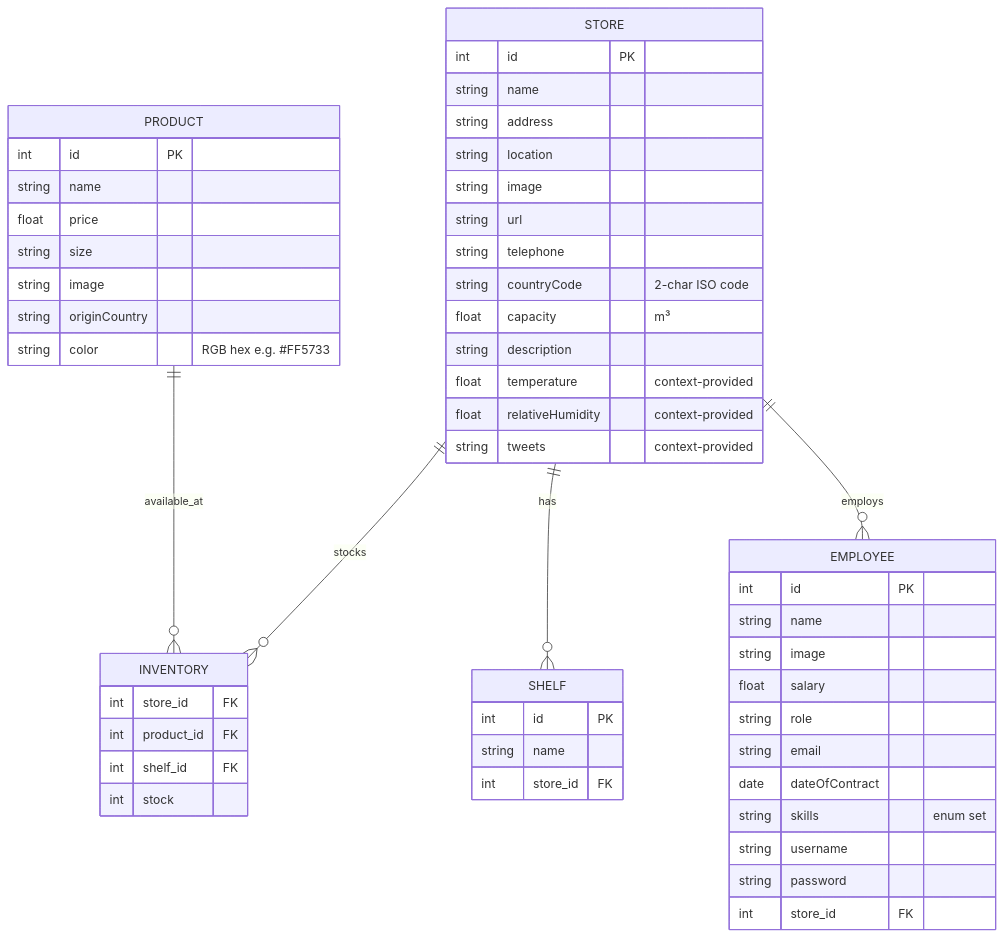
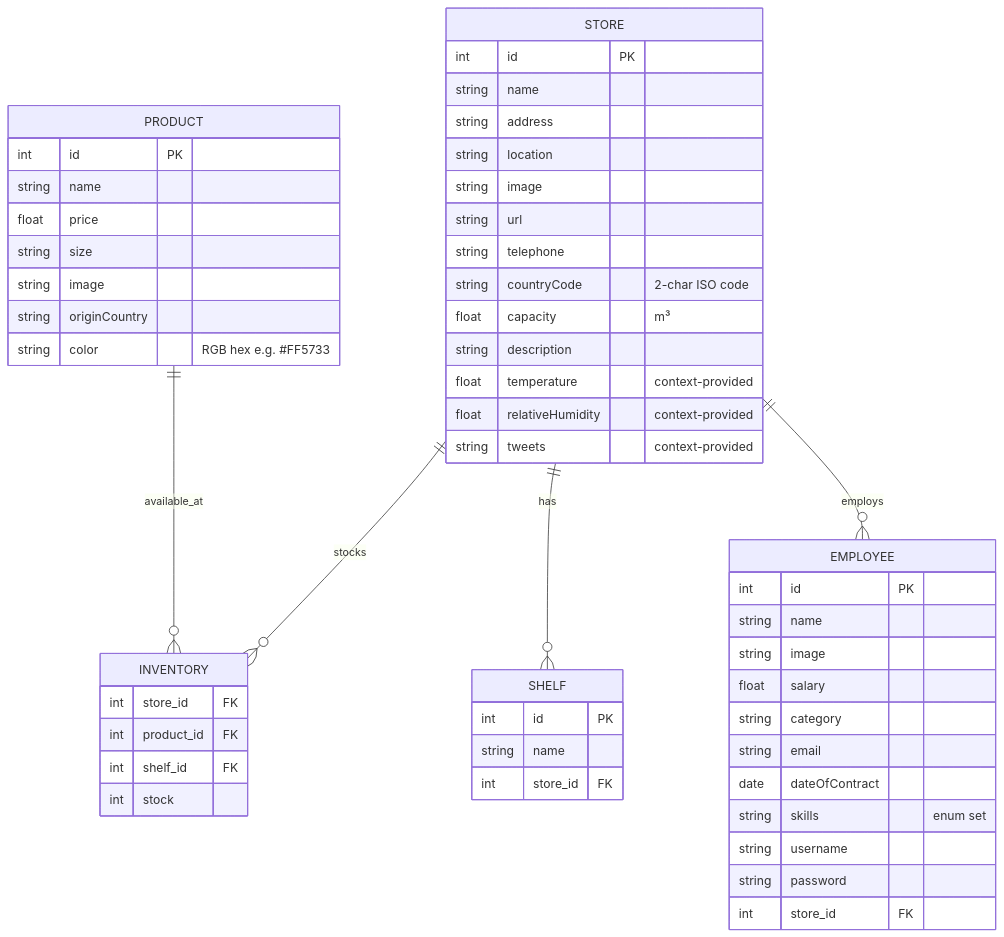
The diagram in data_model.md (Enrichpg/P2-XDEI), drawn with Mermaid before and after one commit. The commit also changed other lines of this file and 2 other files, not shown here.

Commit message:
docs: update PRD, architecture and data_model after issues A, B, C merge

````diff
--- a/data_model.md
+++ b/data_model.md
@@ -5,55 +5,55 @@
 ```mermaid
 erDiagram
     STORE ||--o{ INVENTORY : stocks
     PRODUCT ||--o{ INVENTORY : available_at
     STORE ||--o{ SHELF : has
     STORE ||--o{ EMPLOYEE : employs
     STORE {
         int id PK
         string name
         string address
         string location
         string image
         string url
         string telephone
         string countryCode "2-char ISO code"
         float capacity "m³"
         string description
         float temperature "context-provided"
         float relativeHumidity "context-provided"
         string tweets "context-provided"
     }
     PRODUCT {
         int id PK
         string name
         float price
         string size
         string image
         string originCountry
         string color "RGB hex e.g. #FF5733"
     }
     INVENTORY {
         int store_id FK
         int product_id FK
         int shelf_id FK
         int stock
     }
     SHELF {
         int id PK
         string name
         int store_id FK
     }
     EMPLOYEE {
         int id PK
         string name
         string image
         float salary
-        string role
+        string category
         string email
         date dateOfContract
         string skills "enum set"
         string username
         string password
         int store_id FK
     }
 ```
````
